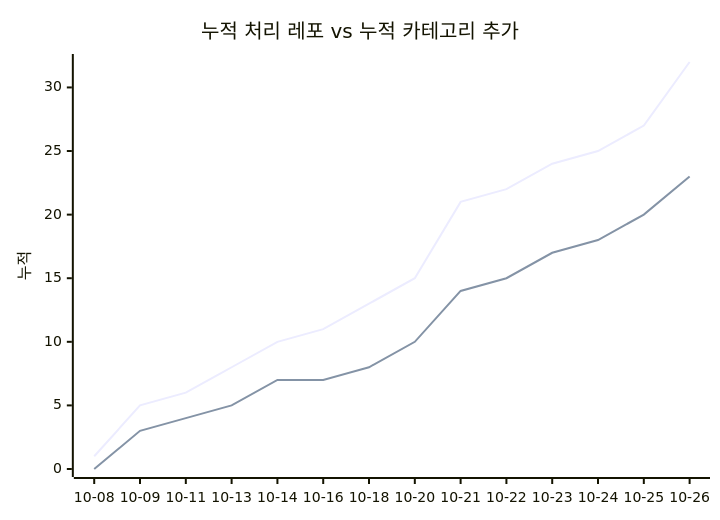
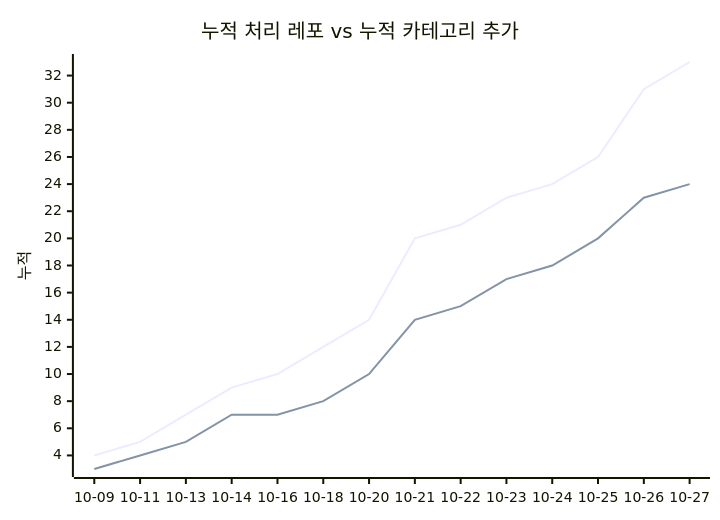
One commit to J-nowcow/awesome-korean-agent-skills changed the second of 2 diagrams in docs/trends.md. Above: the diagram before and after it, drawn with Mermaid. The commit also changed other lines of this file and 4 other files, not shown here.

````diff
--- a/docs/trends.md
+++ b/docs/trends.md
@@ -68,8 +68,8 @@
 ```mermaid
 xychart-beta
     title "누적 처리 레포 vs 누적 카테고리 추가"
-    x-axis ["10-08","10-09","10-11","10-13","10-14","10-16","10-18","10-20","10-21","10-22","10-23","10-24","10-25","10-26"]
+    x-axis ["10-09","10-11","10-13","10-14","10-16","10-18","10-20","10-21","10-22","10-23","10-24","10-25","10-26","10-27"]
     y-axis "누적"
-    line [1,5,6,8,10,11,13,15,21,22,24,25,27,32]
-    line [0,3,4,5,7,7,8,10,14,15,17,18,20,23]
+    line [4,5,7,9,10,12,14,20,21,23,24,26,31,33]
+    line [3,4,5,7,7,8,10,14,15,17,18,20,23,24]
 ```
````
